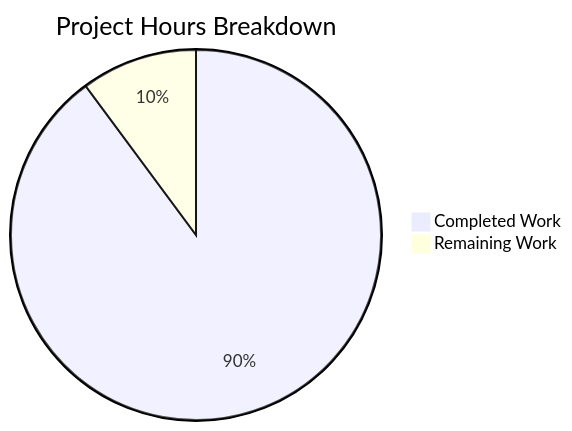
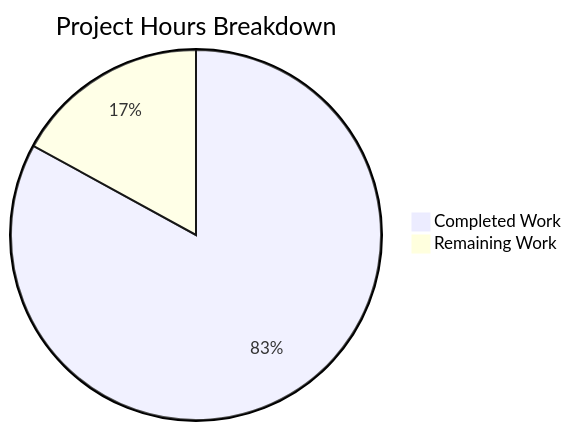
One commit to sudhanshu-spec/test-spec changed the diagram in blitzy/documentation/Project Guide.md. Above: the diagram before and after it, drawn with Mermaid. The commit also changed other lines of this file, not shown here.

Commit message:
Adding Blitzy Project Guide: Project Status and Human Tasks Remaining

````diff
--- a/blitzy/documentation/Project Guide.md
+++ b/blitzy/documentation/Project Guide.md
@@ -65,5 +36,5 @@
 ```mermaid
 pie title Project Hours Breakdown
-    "Completed Work" : 62
-    "Remaining Work" : 7
+    "Completed Work" : 39
+    "Remaining Work" : 8
 ```
````
